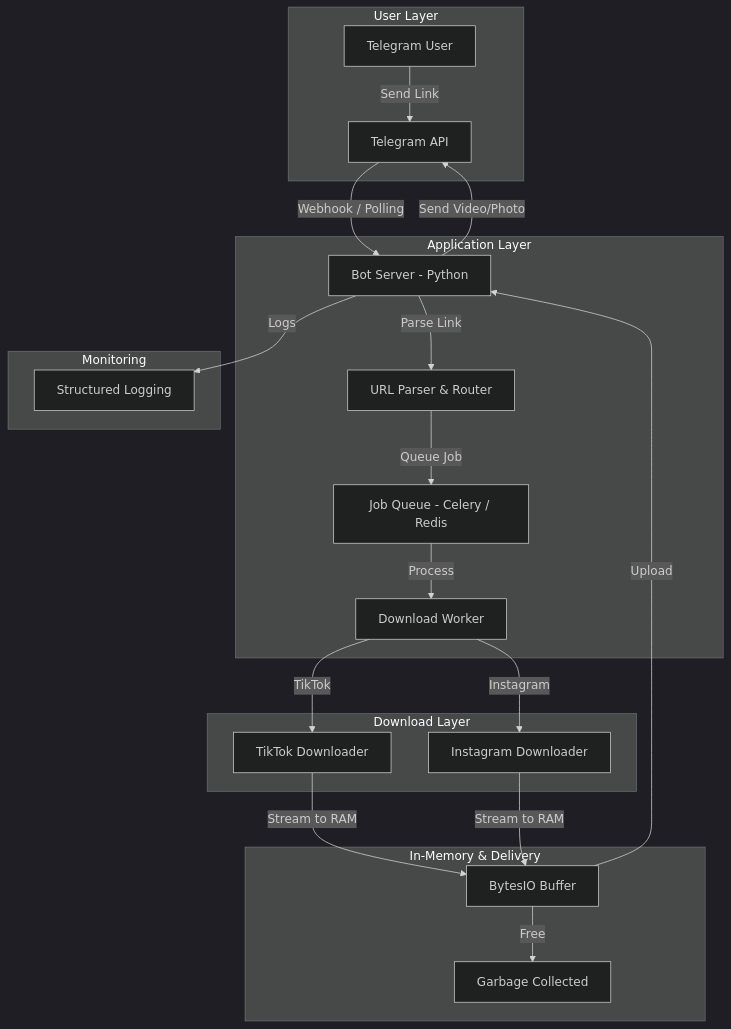
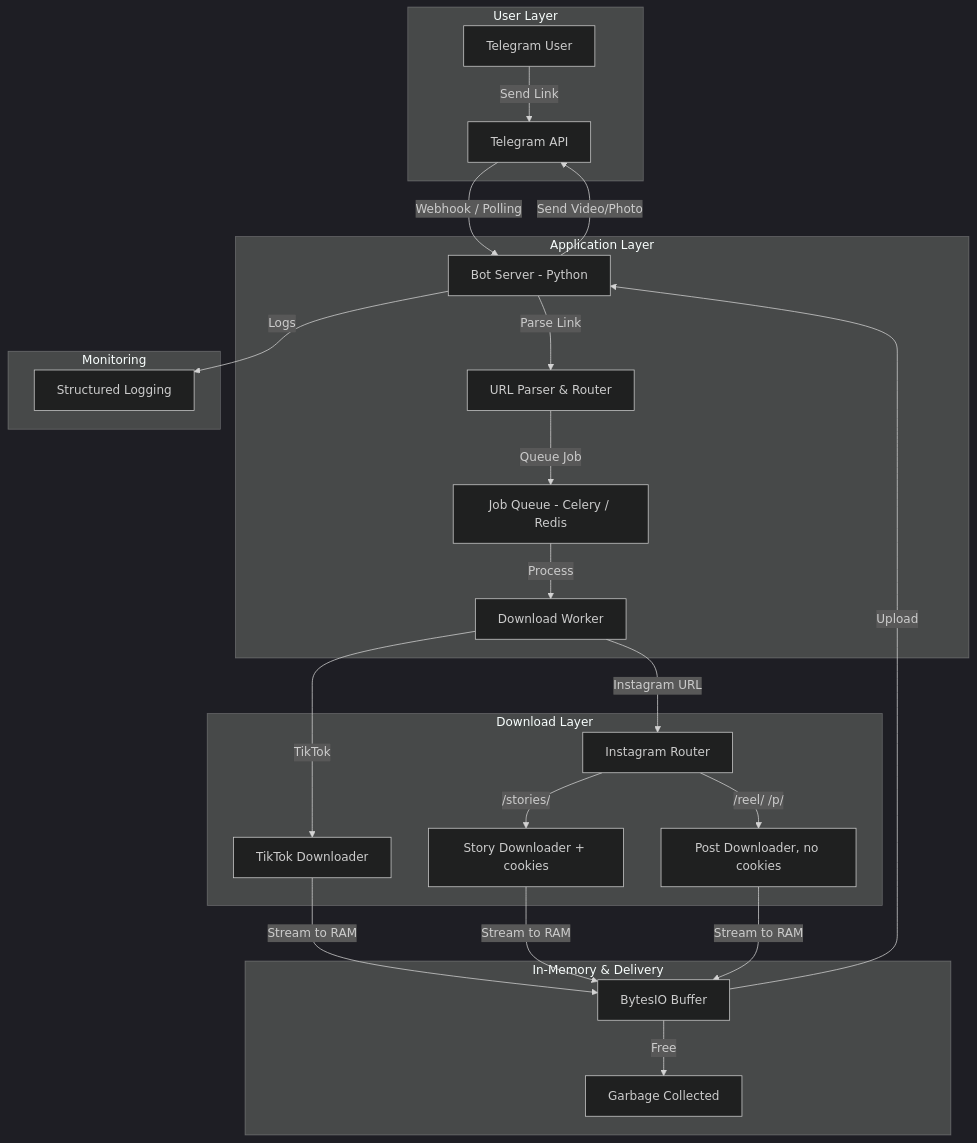
Before and after one commit to sochetraoeun/Telegram-Video-Downloader-Bot: the first of 4 diagrams in system-design.md, drawn with Mermaid (dark theme). The commit also changed other lines of this file and 5 other files, not shown here.

````diff
--- a/system-design.md
+++ b/system-design.md
@@ -68,29 +68,31 @@
 ```mermaid
 graph TB
     subgraph User Layer
         U[Telegram User] -->|Send Link| TG[Telegram API]
     end
 
     subgraph Application Layer
         TG -->|Webhook / Polling| BOT[Bot Server - Python]
         BOT -->|Parse Link| PARSER[URL Parser & Router]
         PARSER -->|Queue Job| Q[Job Queue - Celery / Redis]
         Q -->|Process| WORKER[Download Worker]
     end
 
     subgraph Download Layer
         WORKER -->|TikTok| TT[TikTok Downloader]
-        WORKER -->|Instagram| IG[Instagram Downloader]
+        WORKER -->|Instagram URL| IG[Instagram Router]
+        IG -->|/stories/| IG_STORY[Story Downloader + cookies]
+        IG -->|/reel/ /p/| IG_POST[Post Downloader, no cookies]
     end
 
     subgraph In-Memory & Delivery
-        TT & IG -->|Stream to RAM| MEM[BytesIO Buffer]
+        TT & IG_STORY & IG_POST -->|Stream to RAM| MEM[BytesIO Buffer]
         MEM -->|Upload| BOT
         BOT -->|Send Video/Photo| TG
         MEM -->|Free| GC[Garbage Collected]
     end
 
     subgraph Monitoring
         BOT -->|Logs| LOG[Structured Logging]
     end
 ```
````
